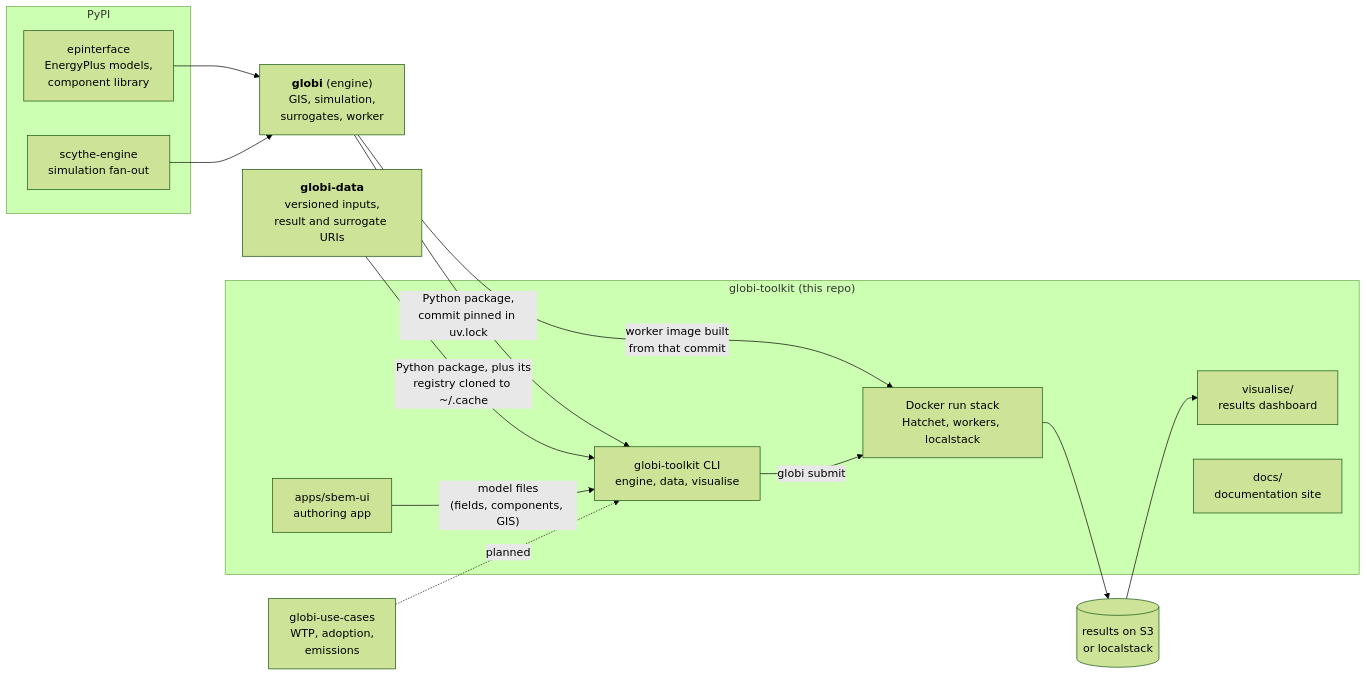
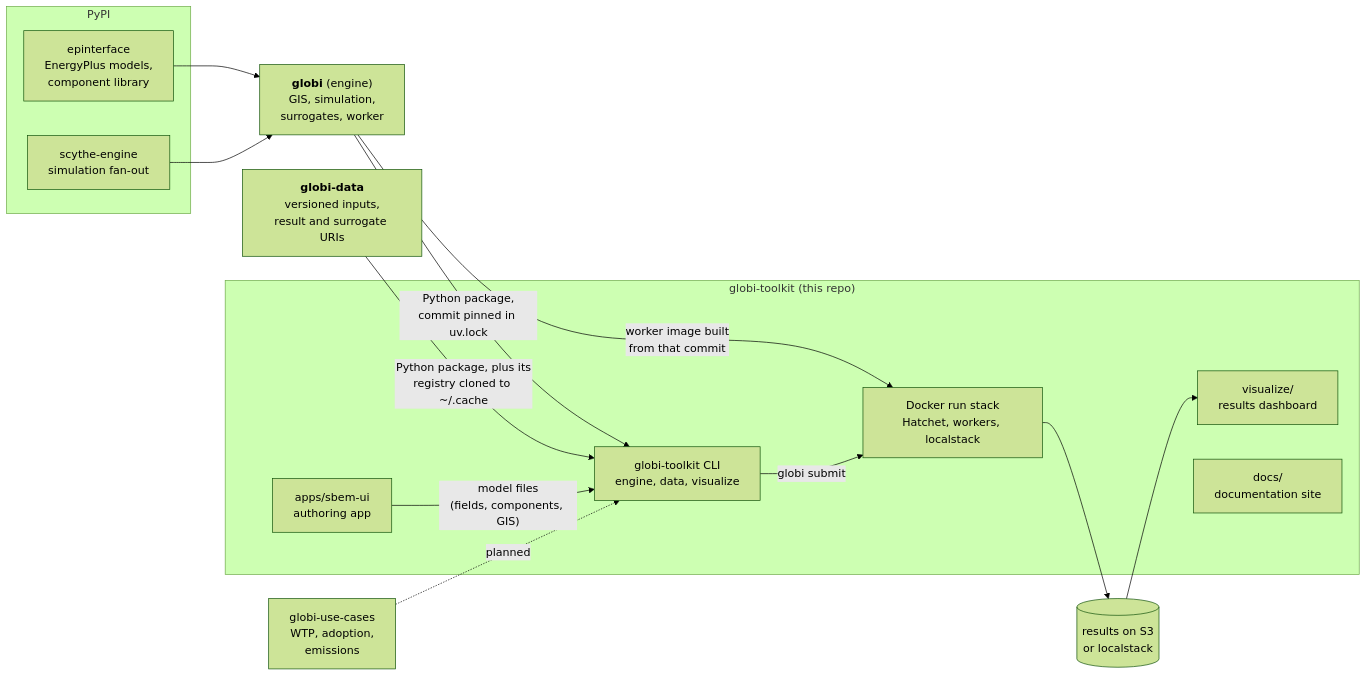
Before and after one commit to MITSustainableDesignLab/globi-toolkit: the diagram in README.md, drawn with Mermaid (forest theme). The commit also changed other lines of this file and 54 other files, not shown here.

````diff
--- a/README.md
+++ b/README.md
@@ -10,32 +10,32 @@
 ```mermaid
 flowchart LR
   subgraph pypi["PyPI"]
     epi["epinterface<br/>EnergyPlus models,<br/>component library"]
     scy["scythe-engine<br/>simulation fan-out"]
   end
 
   engine["<b>globi</b> (engine)<br/>GIS, simulation,<br/>surrogates, worker"]
   data["<b>globi-data</b><br/>versioned inputs,<br/>result and surrogate URIs"]
   usecases["globi-use-cases<br/>WTP, adoption,<br/>emissions"]
 
   subgraph toolkit["globi-toolkit (this repo)"]
-    cli["globi-toolkit CLI<br/>engine, data, visualise"]
+    cli["globi-toolkit CLI<br/>engine, data, visualize"]
     ui["apps/sbem-ui<br/>authoring app"]
     stack["Docker run stack<br/>Hatchet, workers, localstack"]
-    viz["visualise/<br/>results dashboard"]
+    viz["visualize/<br/>results dashboard"]
     docs["docs/<br/>documentation site"]
   end
 
   s3[("results on S3<br/>or localstack")]
 
   epi --> engine
   scy --> engine
   engine -- "Python package,<br/>commit pinned in uv.lock" --> cli
   engine -- "worker image built<br/>from that commit" --> stack
   data -- "Python package, plus its<br/>registry cloned to ~/.cache" --> cli
   ui -- "model files<br/>(fields, components, GIS)" --> cli
   cli -- "globi submit" --> stack
   stack --> s3
   s3 --> viz
   usecases -. "planned" .-> cli
 ```
````
